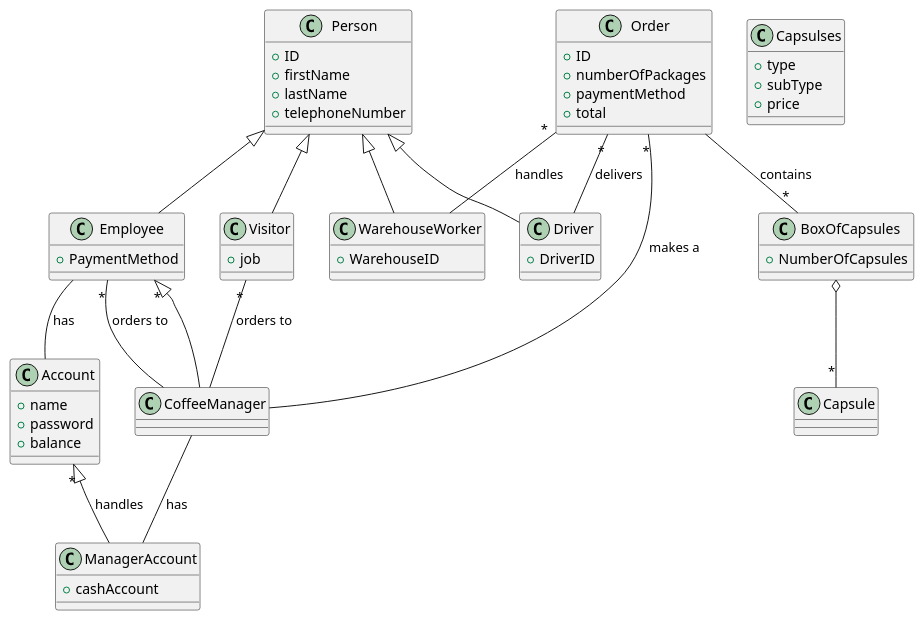
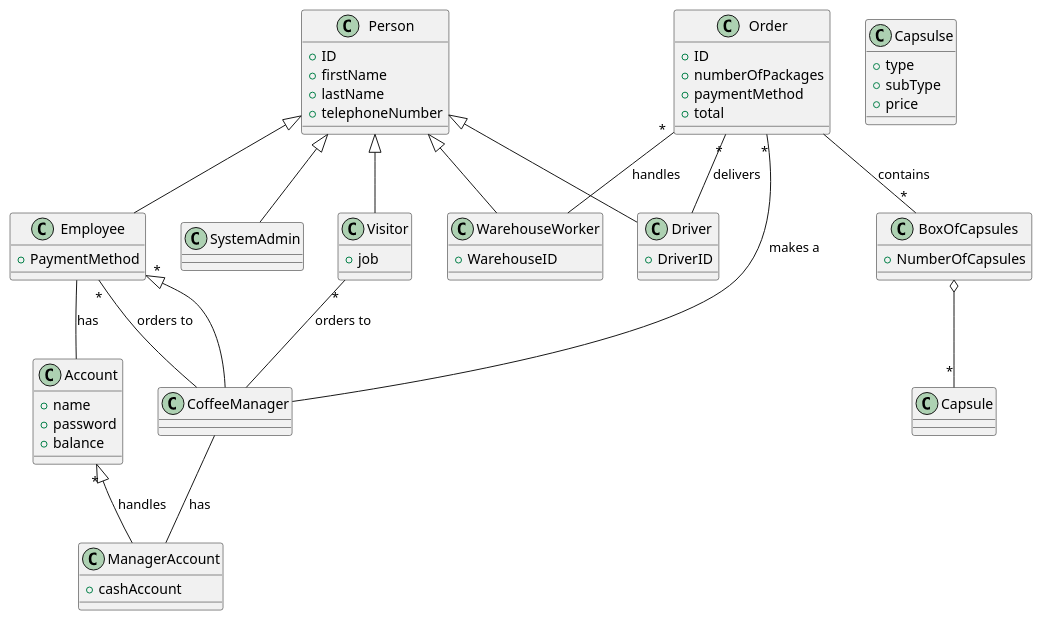
Before and after one commit to salvatore-dimartino/LaTazza: the third of 4 diagrams in templates/RequirementsTemplate.md, drawn with PlantUML.

```diff
--- a/templates/RequirementsTemplate.md
+++ b/templates/RequirementsTemplate.md
@@ -530,7 +530,7 @@
 	+NumberOfCapsules
 }
 
-class Capsulses {
+class Capsulse {
     
     +type
 	+subType
@@ -560,12 +560,17 @@
     +DriverID
 }
 
+class SystemAdmin {
+    
+}
+
 Order "*" -- WarehouseWorker :handles
 Order "*" -- Driver :delivers
 Person <|-- Employee
 Person <|-- Visitor
 Person <|-- Driver
 Person <|-- WarehouseWorker
+Person <|-- SystemAdmin
 BoxOfCapsules o-- "*" Capsule
 Account "*" <|-- ManagerAccount :handles
 Employee "*" <|-- CoffeeManager
```
